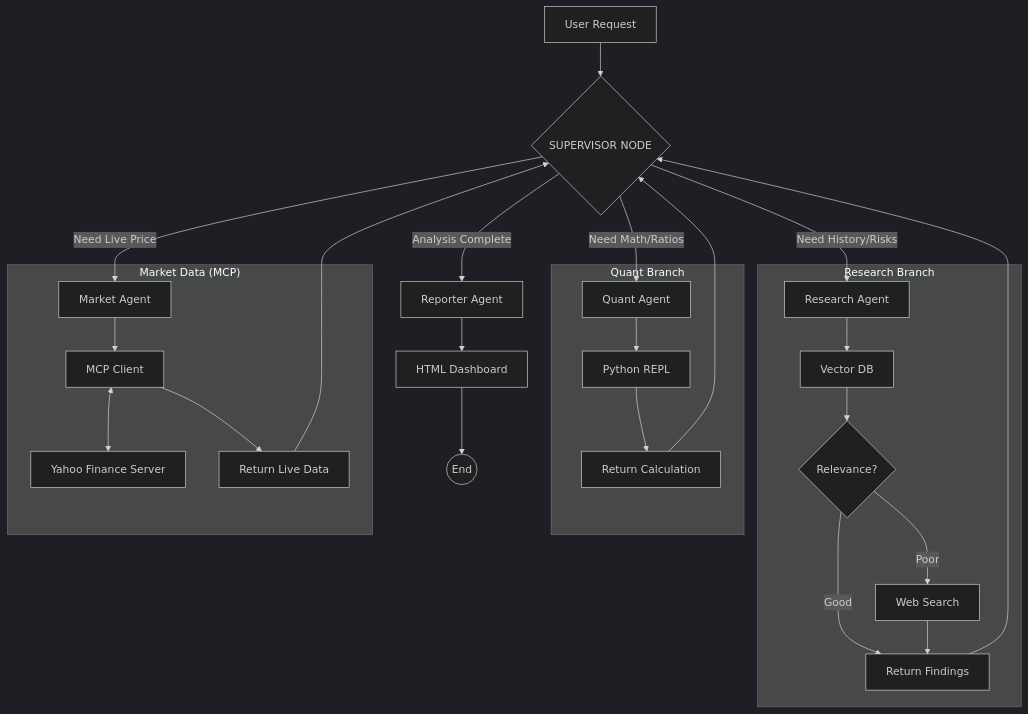
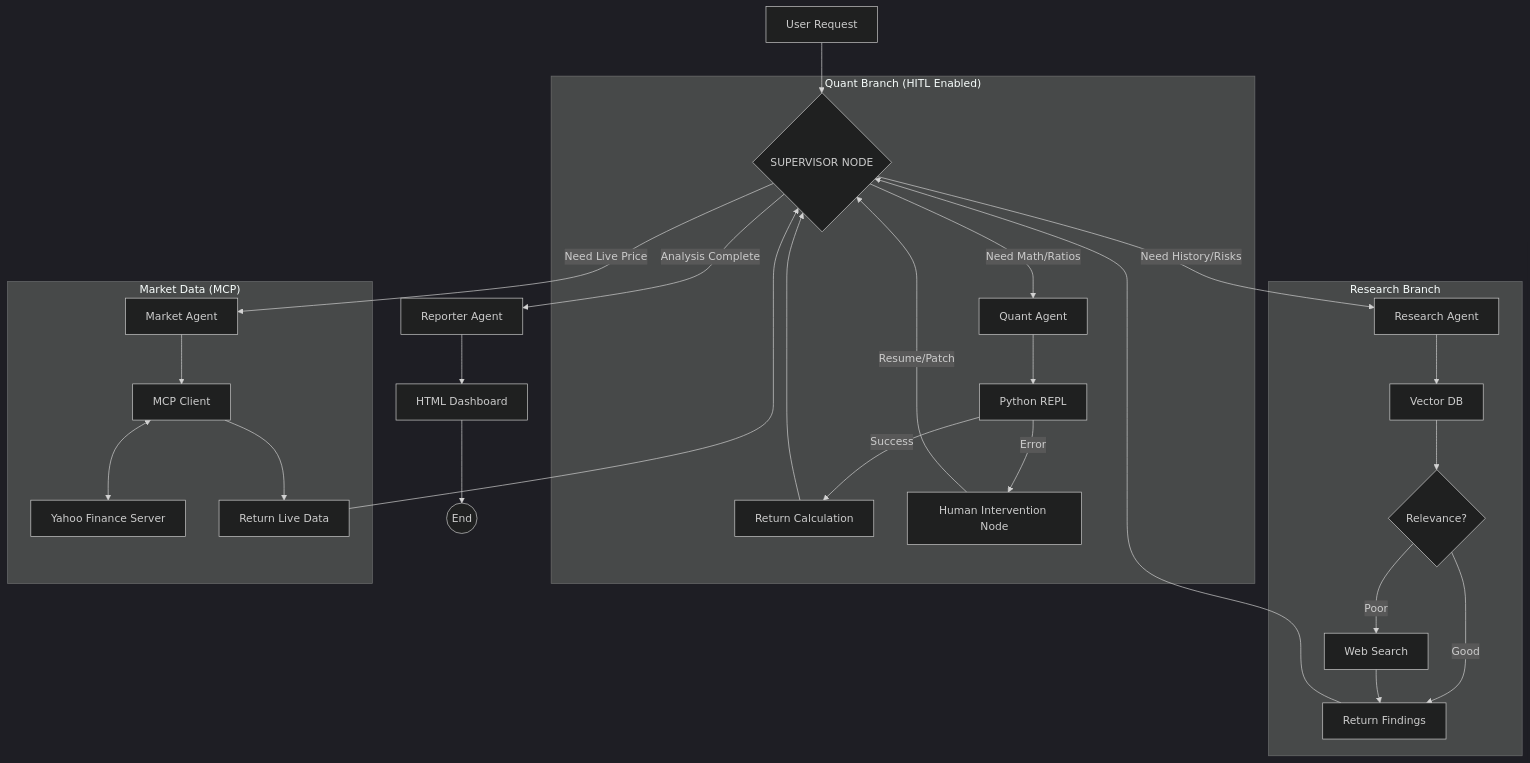
The diagram in README.md (rauldgarcia/TITAN), drawn with Mermaid (dark theme) before and after one commit. The commit also changed other lines of this file and 4 other files, not shown here.

````diff
--- a/README.md
+++ b/README.md
@@ -18,34 +13,36 @@
 ```mermaid
     graph TD
         User[User Request] --> Supervisor{SUPERVISOR NODE}
 
         Supervisor -- "Need History/Risks" --> Research[Research Agent]
         Supervisor -- "Need Math/Ratios" --> Quant[Quant Agent]
         Supervisor -- "Need Live Price" --> Market[Market Agent]
         Supervisor -- "Analysis Complete" --> Reporter[Reporter Agent]
 
         subgraph "Research Branch"
             Research --> DB[Vector DB]
             DB --> Grade{Relevance?}
             Grade -- Poor --> Web[Web Search]
             Grade -- Good --> Return1[Return Findings]
             Web --> Return1
         end
 
-        subgraph "Quant Branch"
+        subgraph "Quant Branch (HITL Enabled)"
             Quant --> Code[Python REPL]
-            Code --> Return2[Return Calculation]
+            Code -- Success --> Return2[Return Calculation]
+            Code -- Error --> Pause[Human Intervention Node]
+            Pause -- Resume/Patch --> Supervisor
         end
 
         subgraph "Market Data (MCP)"
             Market --> Client[MCP Client]
             Client <--> Server[Yahoo Finance Server]
             Client --> Return3[Return Live Data]
         end
 
         Return1 --> Supervisor
         Return2 --> Supervisor
         Return3 --> Supervisor
 
         Reporter --> HTML[HTML Dashboard] --> End((End))
 ```
````
